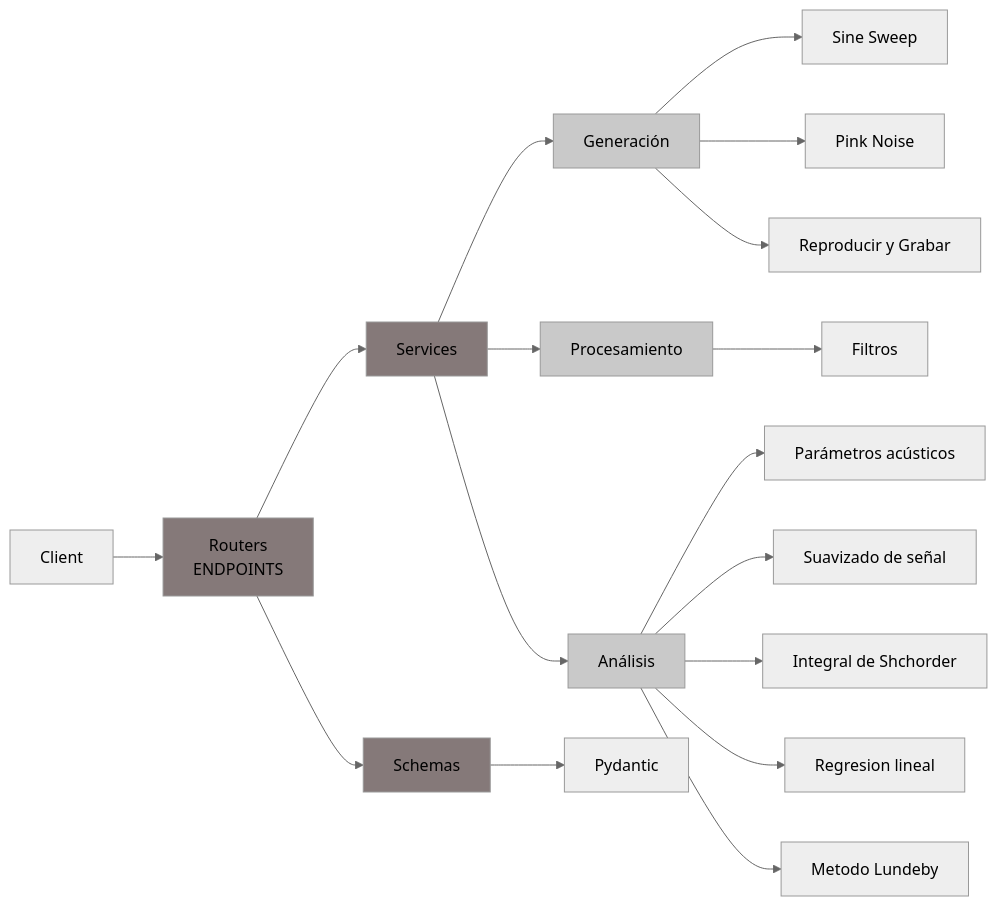
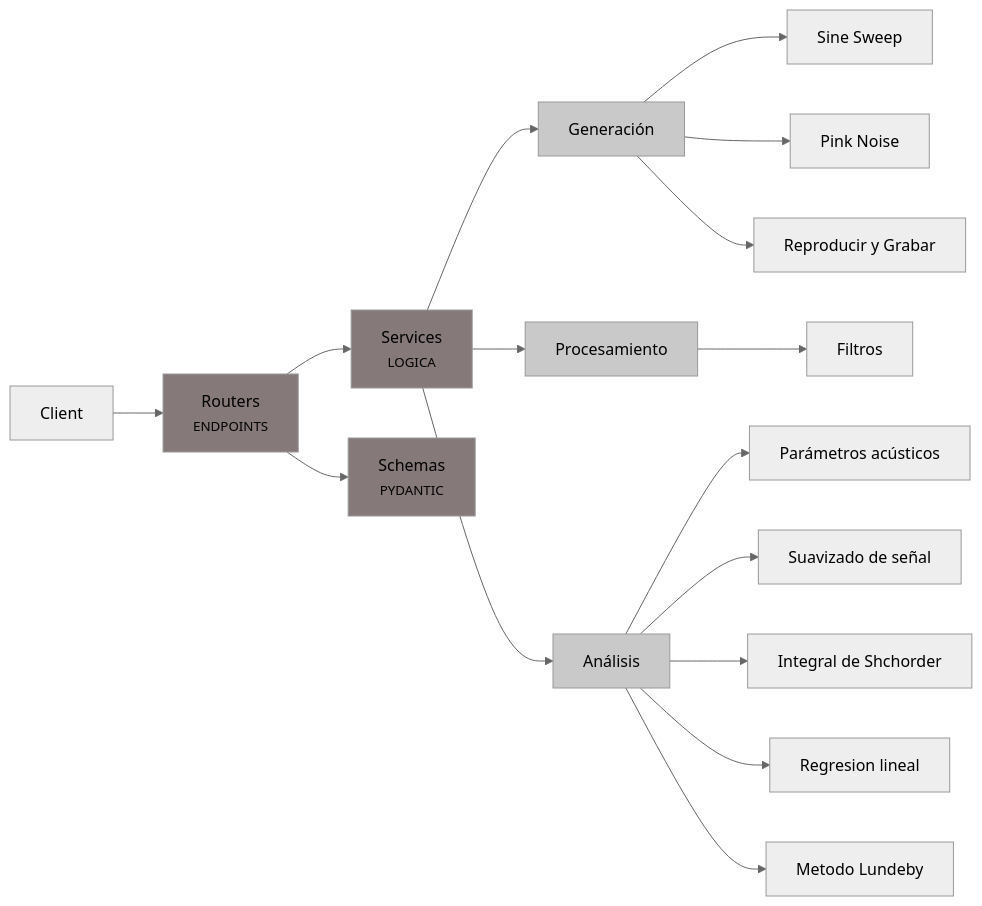
Before and after one commit to valentinadepiero/trabajo-practico-ss: the diagram in README.md, drawn with Mermaid (neutral theme).

````diff
--- a/README.md
+++ b/README.md
@@ -60,29 +60,28 @@
 ```mermaid
 graph LR
-Client --> R[Routers<br>ENDPOINTS]
-R --> S[Services]
+Client --> R[Routers<br><small>ENDPOINTS</small>]
+R --> S[Services<br><small>LOGICA</small>]
 S --> Gen[Generación]
 Gen --> SS[Sine Sweep]
 Gen --> PN[Pink Noise]
 Gen --> Rec[Reproducir y Grabar]
 S --> Proc[Procesamiento]
 Proc --> F[Filtros]
 S --> An[Análisis]
 An --> Par[Parámetros acústicos]
 An -->Sua[Suavizado de señal]
 An -->InS[Integral de Shchorder]
 An -->Reg[Regresion lineal]
 An -->Mlun[Metodo Lundeby]
-R --> Sch[Schemas]
-Sch -->Pydantic
+R --> Sch[Schemas<br><small>PYDANTIC</small>]
 
 style S fill: #857979
 style Sch fill: #857979
 style R fill: #857979
 style Gen fill: #c9c9c9
 style Proc fill: #c9c9c9
 style An fill: #c9c9c9
 style Par fill: #turquoise
 
 
 ```
````
